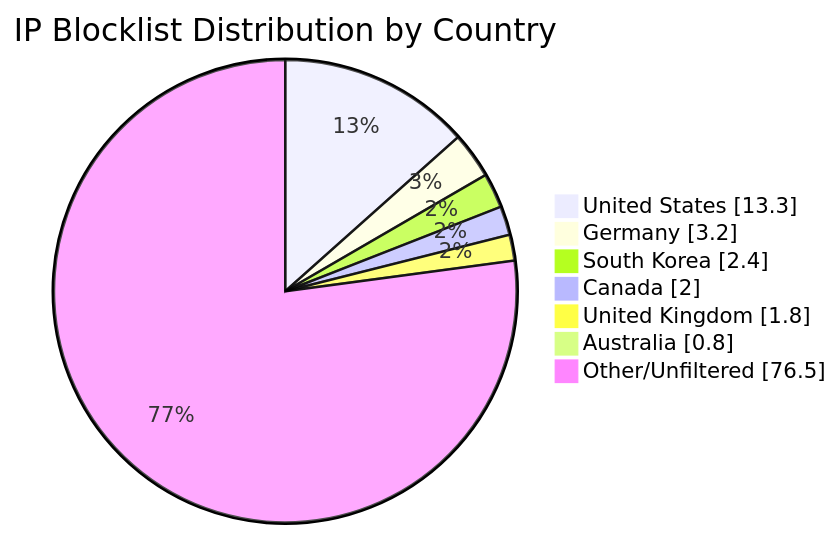
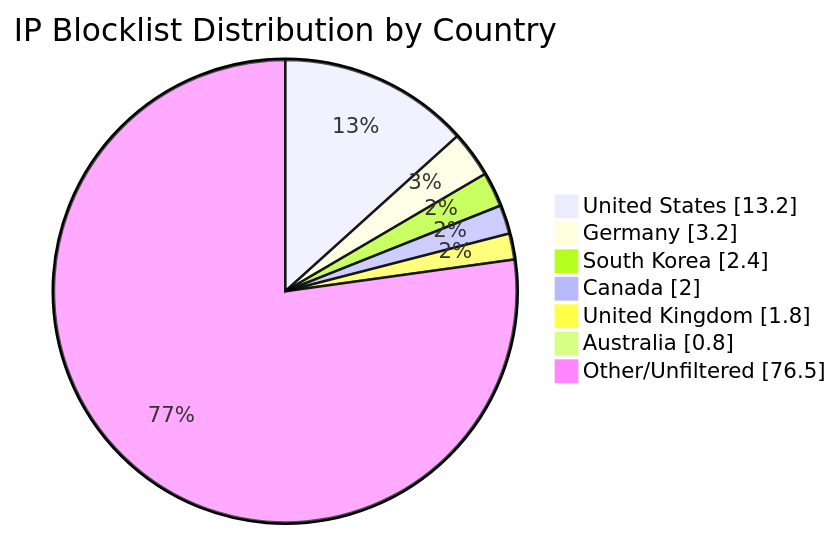
The diagram in README.md (MarcusHoltz/ipblocklist-geofiltered-aggregator), drawn with Mermaid before and after one commit. The commit also changed other lines of this file and 9 other files, not shown here.

````diff
--- a/README.md
+++ b/README.md
@@ -34,10 +34,10 @@
 ```mermaid
 pie showData title IP Blocklist Distribution by Country
-"United States" : 13.3
+"United States" : 13.2
 "Germany" : 3.2
 "South Korea" : 2.4
 "Canada" : 2.0
 "United Kingdom" : 1.8
 "Australia" : 0.8
 "Other/Unfiltered" : 76.5
 ```
````
